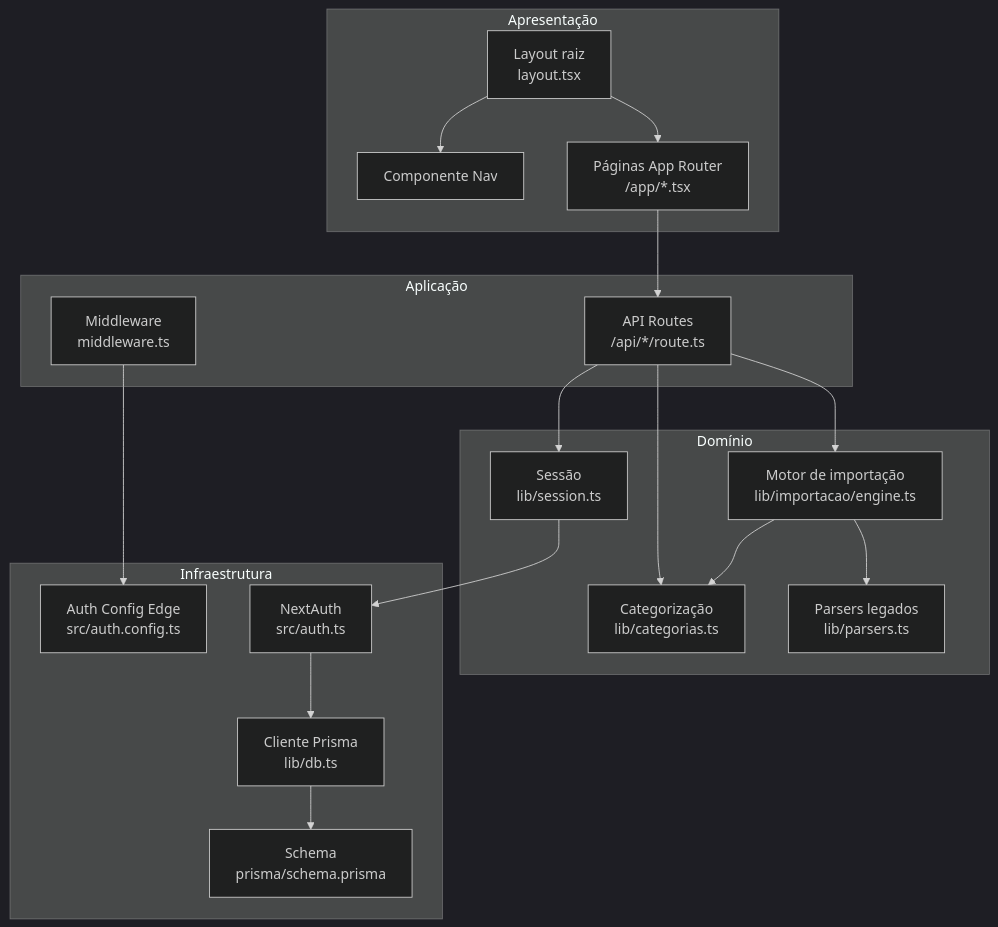
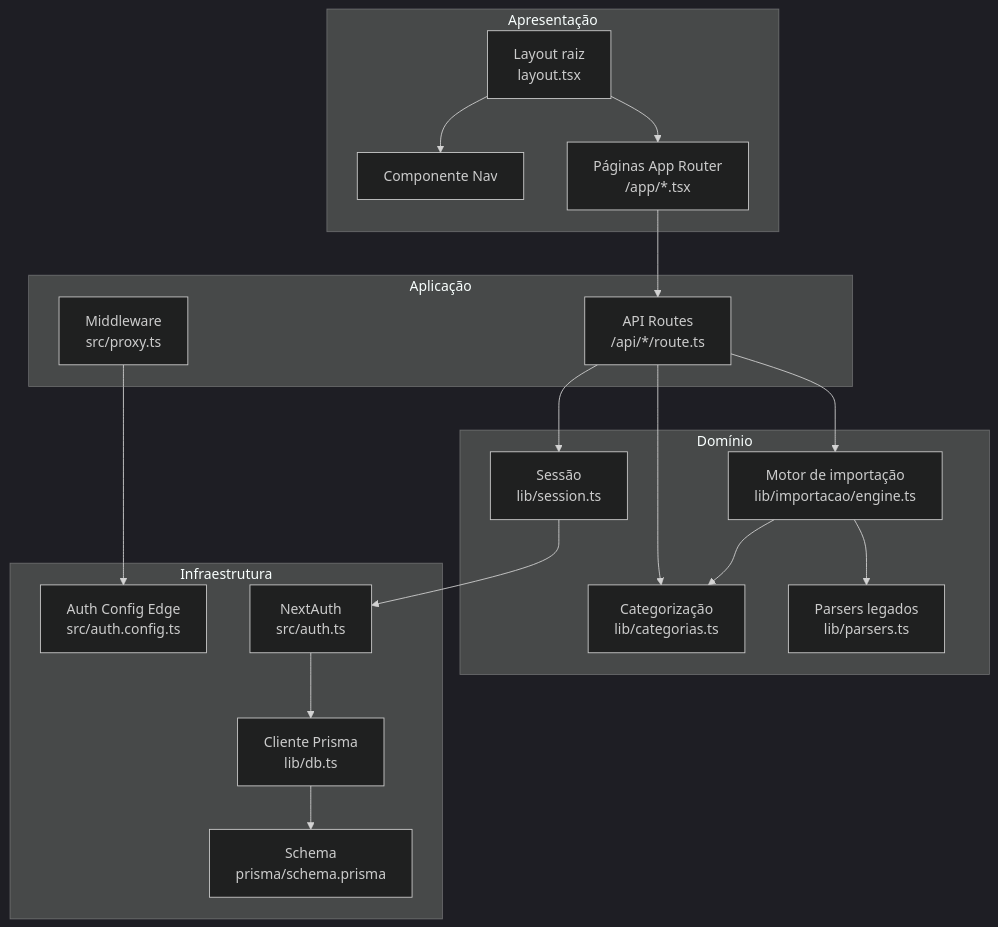
One commit to gersonvan/controleFinanceiro changed the diagram in docs/02-arquitetura.md. Above: the diagram before and after it, drawn with Mermaid (dark theme). The commit also changed other lines of this file and 8 other files, not shown here.

````diff
--- a/docs/02-arquitetura.md
+++ b/docs/02-arquitetura.md
@@ -14,40 +14,40 @@
 ```mermaid
 flowchart TB
     subgraph Apresentação
         NAV[Componente Nav]
         PAGES[Páginas App Router\n/app/*.tsx]
         LAYOUT[Layout raiz\nlayout.tsx]
     end
 
     subgraph Aplicação
-        MWARE[Middleware\nmiddleware.ts]
+        MWARE[Middleware\nsrc/proxy.ts]
         ROUTES[API Routes\n/api/*/route.ts]
     end
 
     subgraph Domínio
         ENGINE[Motor de importação\nlib/importacao/engine.ts]
         PARSERS[Parsers legados\nlib/parsers.ts]
         CATEG[Categorização\nlib/categorias.ts]
         SESSION[Sessão\nlib/session.ts]
     end
 
     subgraph Infraestrutura
         AUTH[NextAuth\nsrc/auth.ts]
         AUTHCFG[Auth Config Edge\nsrc/auth.config.ts]
         DB[Cliente Prisma\nlib/db.ts]
         SCHEMA[Schema\nprisma/schema.prisma]
     end
 
     LAYOUT --> PAGES
     LAYOUT --> NAV
     MWARE --> AUTHCFG
     PAGES --> ROUTES
     ROUTES --> ENGINE
     ROUTES --> CATEG
     ROUTES --> SESSION
     ENGINE --> PARSERS
     ENGINE --> CATEG
     SESSION --> AUTH
     AUTH --> DB
     DB --> SCHEMA
 ```
````
